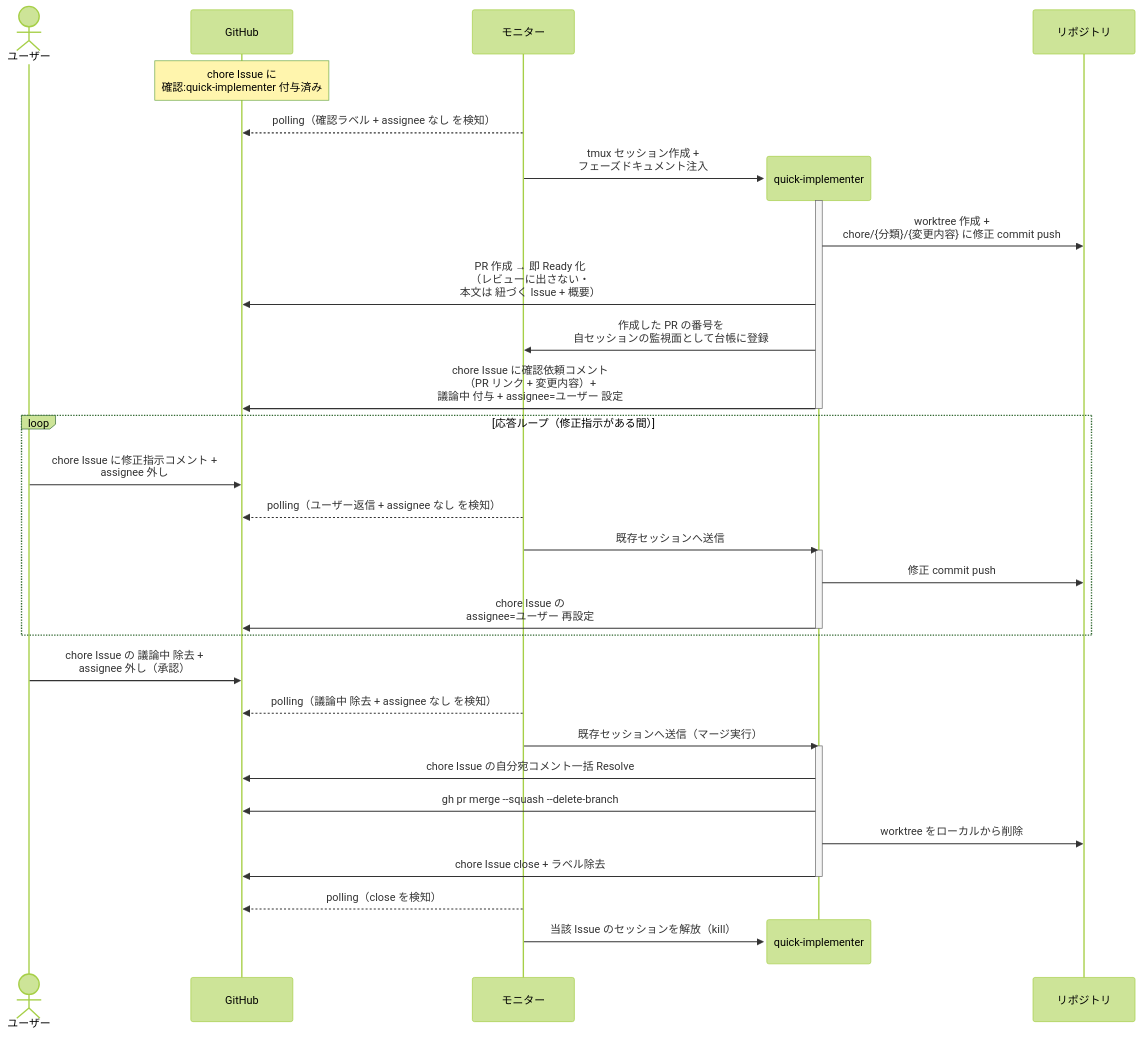
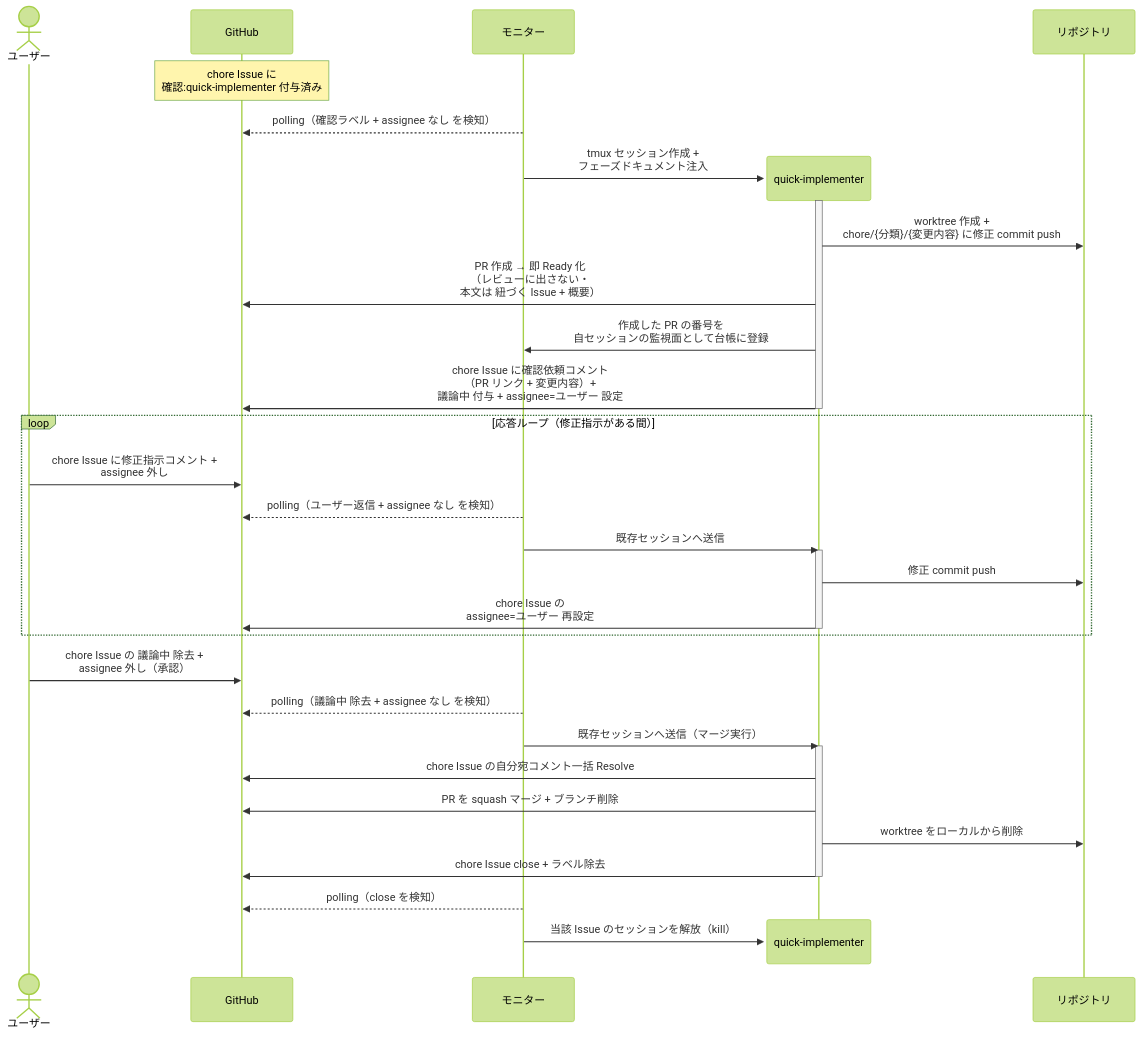
The first of 2 diagrams in docs/wiki/設計図/シナリオ/単一ユースケース/軽微修正の直接マージ.md (shuhei1101/ai-monitor), drawn with Mermaid (forest theme) before and after one commit. The commit also changed other lines of this file and 304 other files, not shown here.

````diff
--- a/docs/wiki/設計図/シナリオ/単一ユースケース/軽微修正の直接マージ.md
+++ b/docs/wiki/設計図/シナリオ/単一ユースケース/軽微修正の直接マージ.md
@@ -26,41 +26,41 @@
 ```mermaid
 sequenceDiagram
   actor U as ユーザー
   participant GH as GitHub
   participant ORC as モニター
 
   Note over GH: chore Issue に<br>確認:quick-implementer 付与済み
   ORC-->>GH: polling（確認ラベル + assignee なし を検知）
   create participant MON as quick-implementer
   ORC->>MON: tmux セッション作成 +<br>フェーズドキュメント注入
   participant REPO as リポジトリ
   activate MON
   MON->>REPO: worktree 作成 +<br>chore/{分類}/{変更内容} に修正 commit push
   MON->>GH: PR 作成 → 即 Ready 化<br>（レビューに出さない・<br>本文は 紐づく Issue + 概要）
   MON->>ORC: 作成した PR の番号を<br>自セッションの監視面として台帳に登録
   MON->>GH: chore Issue に確認依頼コメント<br>（PR リンク + 変更内容）+<br>議論中 付与 + assignee=ユーザー 設定
   deactivate MON
 
   loop 応答ループ（修正指示がある間）
     U->>GH: chore Issue に修正指示コメント +<br>assignee 外し
     ORC-->>GH: polling（ユーザー返信 + assignee なし を検知）
     ORC->>MON: 既存セッションへ送信
     activate MON
     MON->>REPO: 修正 commit push
     MON->>GH: chore Issue の<br>assignee=ユーザー 再設定
     deactivate MON
   end
 
   U->>GH: chore Issue の 議論中 除去 +<br>assignee 外し（承認）
   ORC-->>GH: polling（議論中 除去 + assignee なし を検知）
   ORC->>MON: 既存セッションへ送信（マージ実行）
   activate MON
   MON->>GH: chore Issue の自分宛コメント一括 Resolve
-  MON->>GH: gh pr merge --squash --delete-branch
+  MON->>GH: PR を squash マージ + ブランチ削除
   MON->>REPO: worktree をローカルから削除
   MON->>GH: chore Issue close + ラベル除去
   deactivate MON
   ORC-->>GH: polling（close を検知）
   destroy MON
   ORC->>MON: 当該 Issue のセッションを解放（kill）
 ```
````
